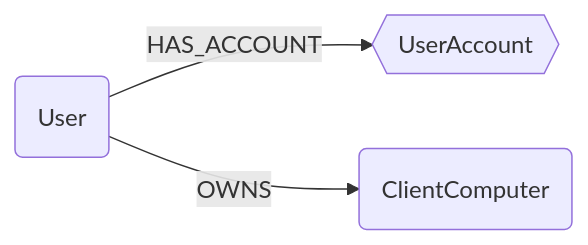
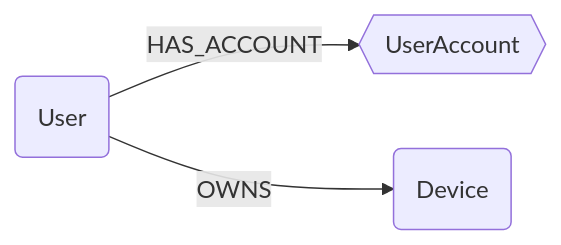
Before and after one commit to cartography-cncf/cartography: the diagram in docs/root/usage/ontology.md, drawn with Mermaid. The commit also changed other lines of this file and 7 other files, not shown here.

````diff
--- a/docs/root/usage/ontology.md
+++ b/docs/root/usage/ontology.md
@@ -69,6 +69,6 @@
 ```mermaid
 graph LR
 
 U(User) -- HAS_ACCOUNT --> UA{{UserAccount}}
-U -- OWNS --> CC(ClientComputer)
+U -- OWNS --> CC(Device)
 ```
````
